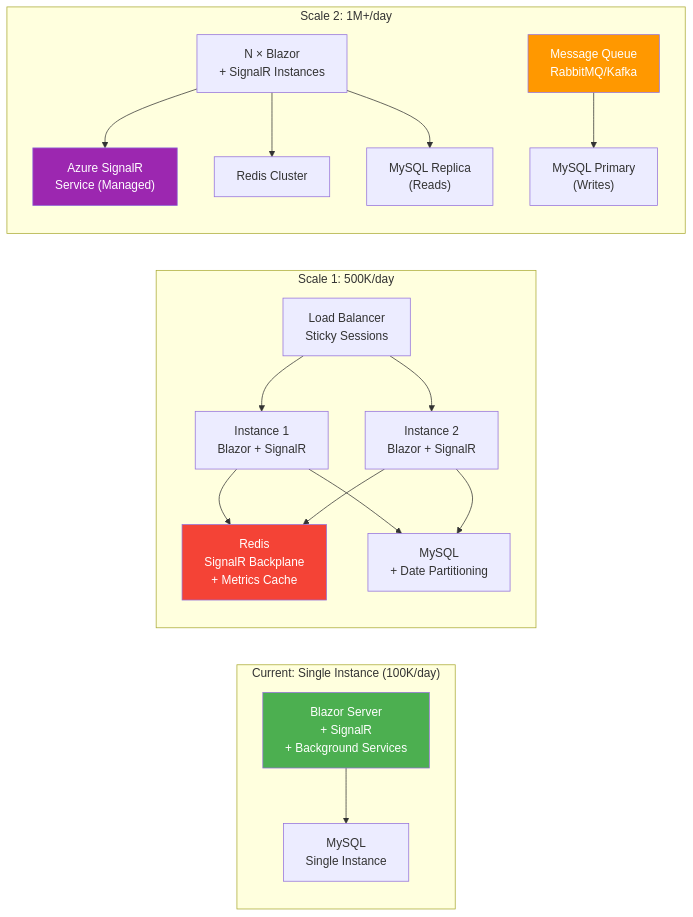
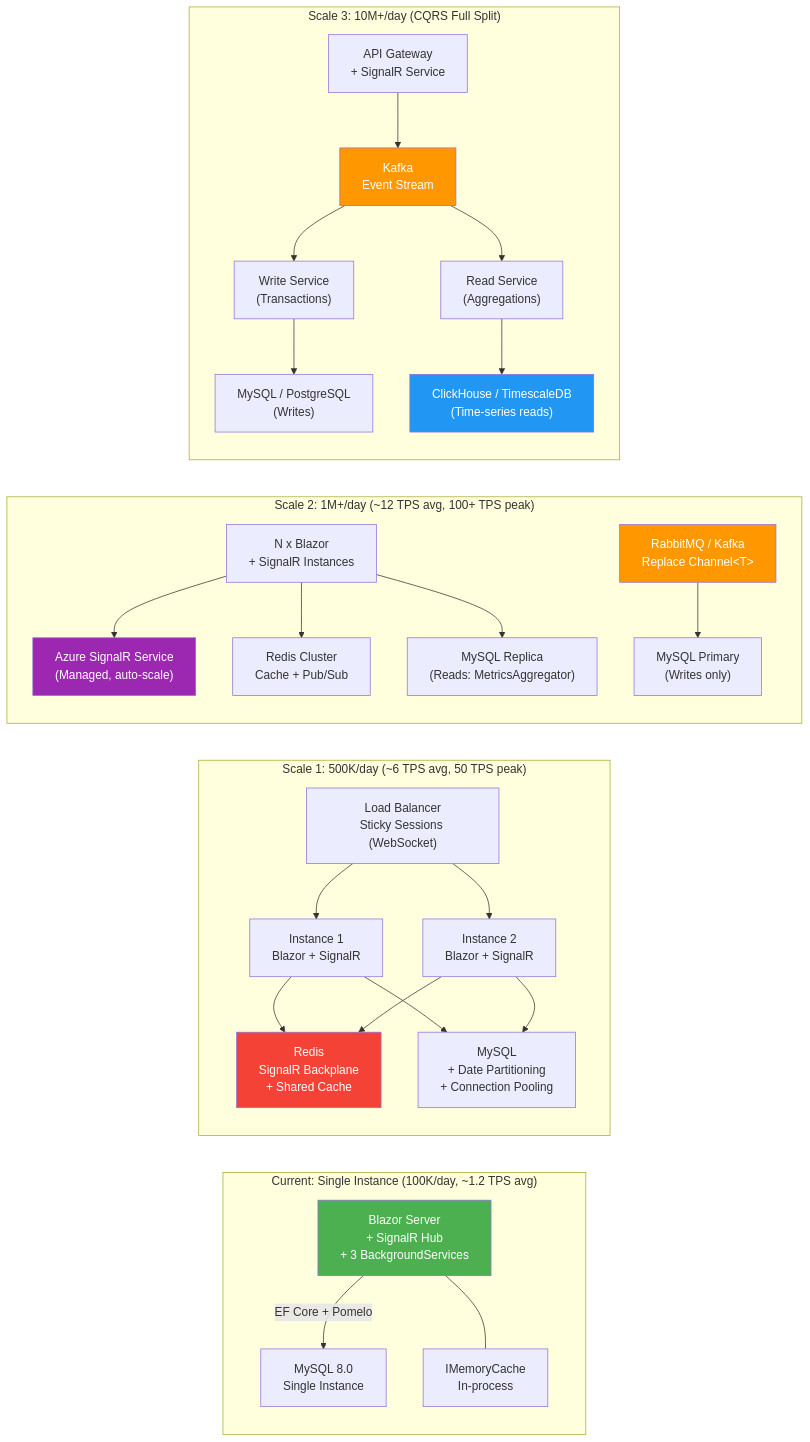
One commit to EpenalbaDev/Real-Time-Dashboard-with-SignalR-.NET-Core changed the diagram in docs/architecture/diagrams/scaling-strategy.mmd. Above: the diagram before and after it, drawn with Mermaid. The commit also changed 12 other files, not shown here.

First line of the commit message:
feat: add performance instrumentation, load tests, architecture docs, and benchmarks

```diff
--- a/docs/architecture/diagrams/scaling-strategy.mmd
+++ b/docs/architecture/diagrams/scaling-strategy.mmd
@@ -1,38 +1,56 @@
 graph LR
-    subgraph "Current: Single Instance (100K/day)"
-        A1["Blazor Server<br/>+ SignalR<br/>+ Background Services"]
-        A2["MySQL<br/>Single Instance"]
-        A1 --> A2
+    subgraph "Current: Single Instance (100K/day, ~1.2 TPS avg)"
+        A1["Blazor Server<br/>+ SignalR Hub<br/>+ 3 BackgroundServices"]
+        A2["MySQL 8.0<br/>Single Instance"]
+        A3["IMemoryCache<br/>In-process"]
+        A1 -->|"EF Core + Pomelo"| A2
+        A1 --- A3
     end
 
-    subgraph "Scale 1: 500K/day"
+    subgraph "Scale 1: 500K/day (~6 TPS avg, 50 TPS peak)"
         B1["Instance 1<br/>Blazor + SignalR"]
         B2["Instance 2<br/>Blazor + SignalR"]
-        B3["Redis<br/>SignalR Backplane<br/>+ Metrics Cache"]
-        B4["MySQL<br/>+ Date Partitioning"]
-        LB["Load Balancer<br/>Sticky Sessions"]
+        B3["Redis<br/>SignalR Backplane<br/>+ Shared Cache"]
+        B4["MySQL<br/>+ Date Partitioning<br/>+ Connection Pooling"]
+        LB["Load Balancer<br/>Sticky Sessions (WebSocket)"]
         LB --> B1
         LB --> B2
         B1 --> B3
         B2 --> B3
         B1 --> B4
         B2 --> B4
     end
 
-    subgraph "Scale 2: 1M+/day"
-        C1["N × Blazor<br/>+ SignalR Instances"]
-        C2["Azure SignalR<br/>Service (Managed)"]
-        C3["Redis Cluster"]
-        C4["MySQL Primary<br/>(Writes)"]
-        C5["MySQL Replica<br/>(Reads)"]
-        C6["Message Queue<br/>RabbitMQ/Kafka"]
+    subgraph "Scale 2: 1M+/day (~12 TPS avg, 100+ TPS peak)"
+        C1["N x Blazor<br/>+ SignalR Instances"]
+        C2["Azure SignalR Service<br/>(Managed, auto-scale)"]
+        C3["Redis Cluster<br/>Cache + Pub/Sub"]
+        C4["MySQL Primary<br/>(Writes only)"]
+        C5["MySQL Replica<br/>(Reads: MetricsAggregator)"]
+        C6["RabbitMQ / Kafka<br/>Replace Channel&lt;T&gt;"]
         C1 --> C2
         C1 --> C3
         C6 --> C4
         C1 --> C5
     end
 
+    subgraph "Scale 3: 10M+/day (CQRS Full Split)"
+        D1["API Gateway<br/>+ SignalR Service"]
+        D2["Write Service<br/>(Transactions)"]
+        D3["Read Service<br/>(Aggregations)"]
+        D4["Kafka<br/>Event Stream"]
+        D5["MySQL / PostgreSQL<br/>(Writes)"]
+        D6["ClickHouse / TimescaleDB<br/>(Time-series reads)"]
+        D1 --> D4
+        D4 --> D2
+        D4 --> D3
+        D2 --> D5
+        D3 --> D6
+    end
+
     style A1 fill:#4CAF50,color:#fff
     style B3 fill:#F44336,color:#fff
     style C2 fill:#9C27B0,color:#fff
     style C6 fill:#FF9800,color:#fff
+    style D4 fill:#FF9800,color:#fff
+    style D6 fill:#2196F3,color:#fff
```
